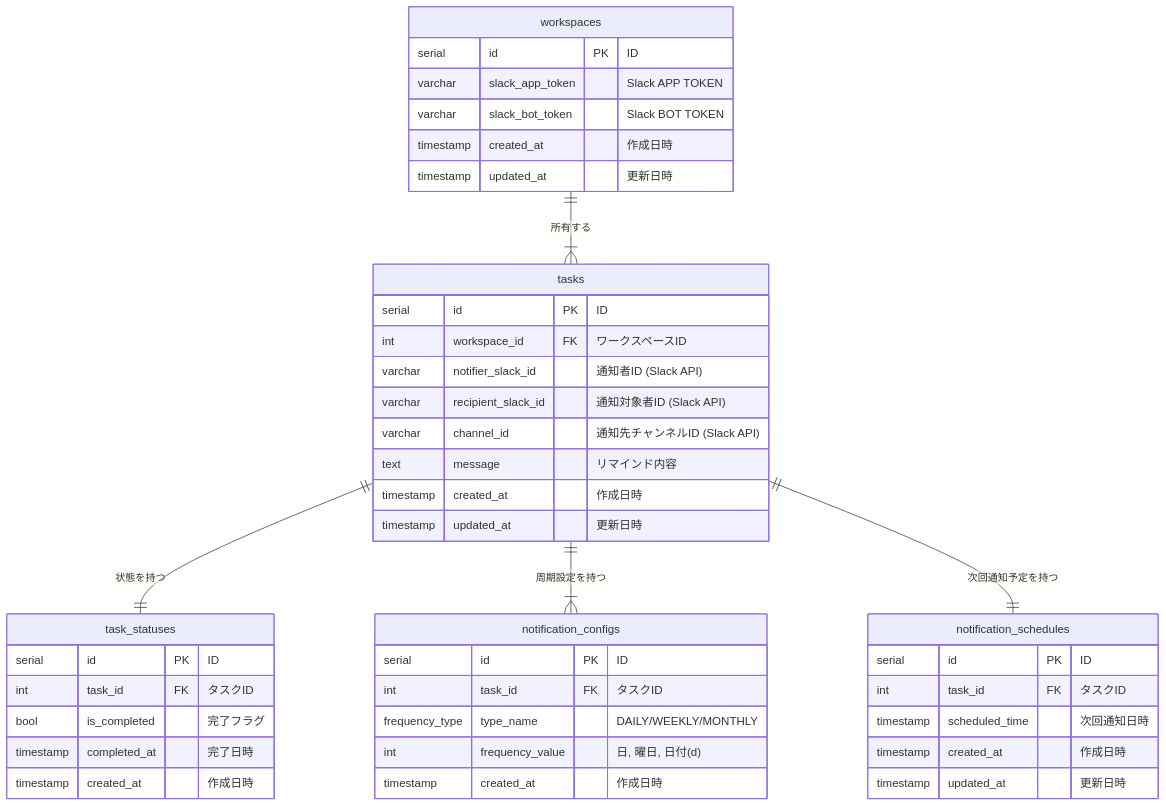
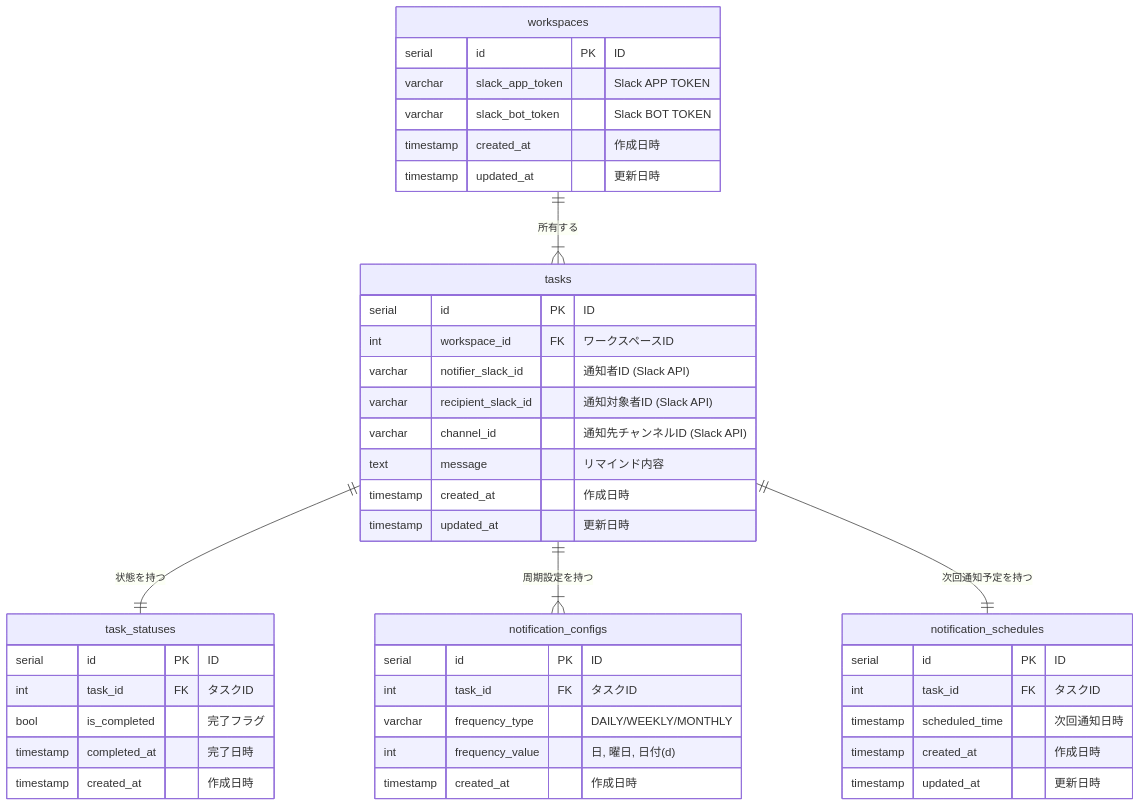
One commit to KJR020/praha-challenge changed the second of 2 diagrams in Database/04_modeling/課題1-1.md. Above: the diagram before and after it, drawn with Mermaid. The commit also changed 1 other file, not shown here.

Commit message:
♻️ Enumをvarcharに変更

````diff
--- a/Database/04_modeling/課題1-1.md
+++ b/Database/04_modeling/課題1-1.md
@@ -65,51 +65,51 @@
 ```mermaid
 erDiagram
     workspaces {
         serial id PK "ID"
         varchar slack_app_token "Slack APP TOKEN"
         varchar slack_bot_token "Slack BOT TOKEN"
         timestamp created_at "作成日時"
         timestamp updated_at "更新日時" 
     }
     
     tasks {
         serial id PK "ID"
         int workspace_id FK "ワークスペースID"
         varchar notifier_slack_id "通知者ID (Slack API)"
         varchar recipient_slack_id "通知対象者ID (Slack API)"
         varchar channel_id "通知先チャンネルID (Slack API)"
         text message "リマインド内容"
         timestamp created_at "作成日時"
         timestamp updated_at "更新日時"
     }
 
     task_statuses {
       serial id PK "ID"
       int task_id FK "タスクID"
       bool is_completed "完了フラグ"
       timestamp completed_at "完了日時"
       timestamp created_at "作成日時"
     }
 
     notification_configs {
         serial id PK "ID"
         int task_id FK "タスクID"
-        frequency_type type_name "DAILY/WEEKLY/MONTHLY"
+        varchar frequency_type "DAILY/WEEKLY/MONTHLY"
         int frequency_value "日, 曜日, 日付(d)"
         timestamp created_at "作成日時"
     }
 
     notification_schedules {
         serial id PK "ID"
         int task_id FK "タスクID"
         timestamp scheduled_time "次回通知日時"
         timestamp created_at "作成日時"
         timestamp updated_at "更新日時"
     }
 
   workspaces ||--|{ tasks : "所有する"
   tasks ||--|| task_statuses : "状態を持つ"
   tasks ||--|{ notification_configs : "周期設定を持つ"
   tasks ||--|| notification_schedules : "次回通知予定を持つ"
   
 ```
````
